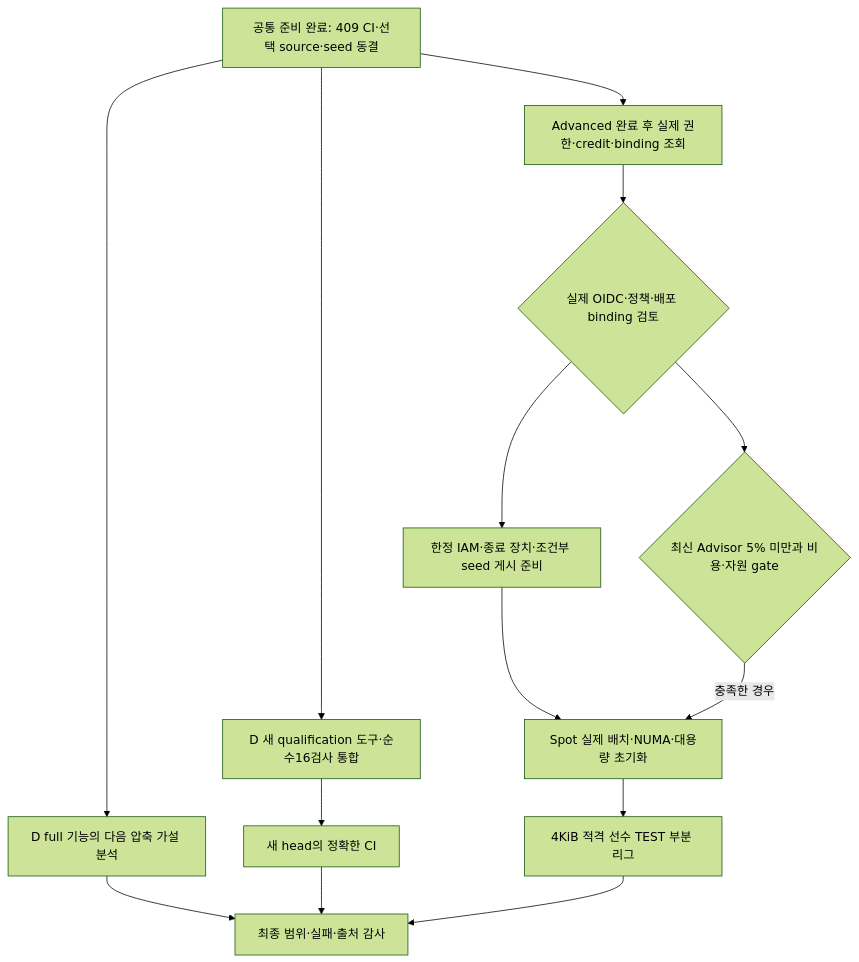
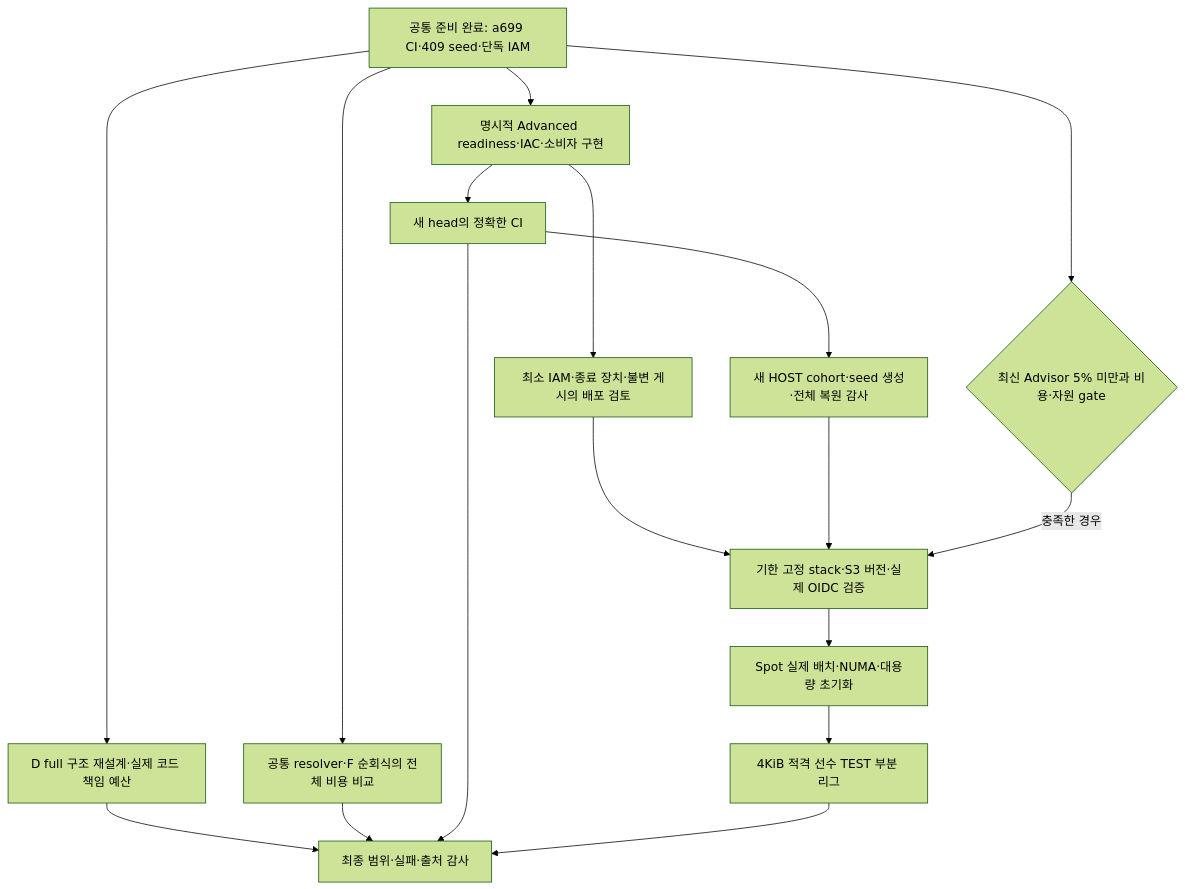
One commit to daejunnom/Rove4k changed the fourth of 4 diagrams in docs/ENGINE-PLAN.ko.md. Above: the diagram before and after it, drawn with Mermaid (forest theme). The commit also changed other lines of this file and 2 other files, not shown here.

Commit message:
wip(plan): record Advanced setup and structural-only D work

````diff
--- a/docs/ENGINE-PLAN.ko.md
+++ b/docs/ENGINE-PLAN.ko.md
@@ -593,16 +633,19 @@
 ```mermaid
 flowchart TD
-  P[공통 준비 완료: 409 CI·선택 source·seed 동결] --> S[D 새 qualification 도구·순수16검사 통합]
-  P --> D[D full 기능의 다음 압축 가설 분석]
-  P --> B[Advanced 완료 후 실제 권한·credit·binding 조회]
+  P[공통 준비 완료: a699 CI·409 seed·단독 IAM] --> S[명시적 Advanced readiness·IAC·소비자 구현]
+  P --> D[D full 구조 재설계·실제 코드 책임 예산]
+  P --> B[공통 resolver·F 순회식의 전체 비용 비교]
   S --> C[새 head의 정확한 CI]
-  B --> Q{실제 OIDC·정책·배포 binding 검토}
-  Q --> H[한정 IAM·종료 장치·조건부 seed 게시 준비]
-  Q --> G{최신 Advisor 5% 미만과 비용·자원 gate}
-  H --> N[Spot 실제 배치·NUMA·대용량 초기화]
-  G -->|충족한 경우| N
+  C --> T[새 HOST cohort·seed 생성·전체 복원 감사]
+  S --> H[최소 IAM·종료 장치·불변 게시의 배포 검토]
+  H --> X[기한 고정 stack·S3 버전·실제 OIDC 검증]
+  T --> X
+  P --> G{최신 Advisor 5% 미만과 비용·자원 gate}
+  G -->|충족한 경우| X
+  X --> N[Spot 실제 배치·NUMA·대용량 초기화]
   N --> L[4KiB 적격 선수 TEST 부분 리그]
   D --> A[최종 범위·실패·출처 감사]
+  B --> A
   C --> A
   L --> A
 ```
````
